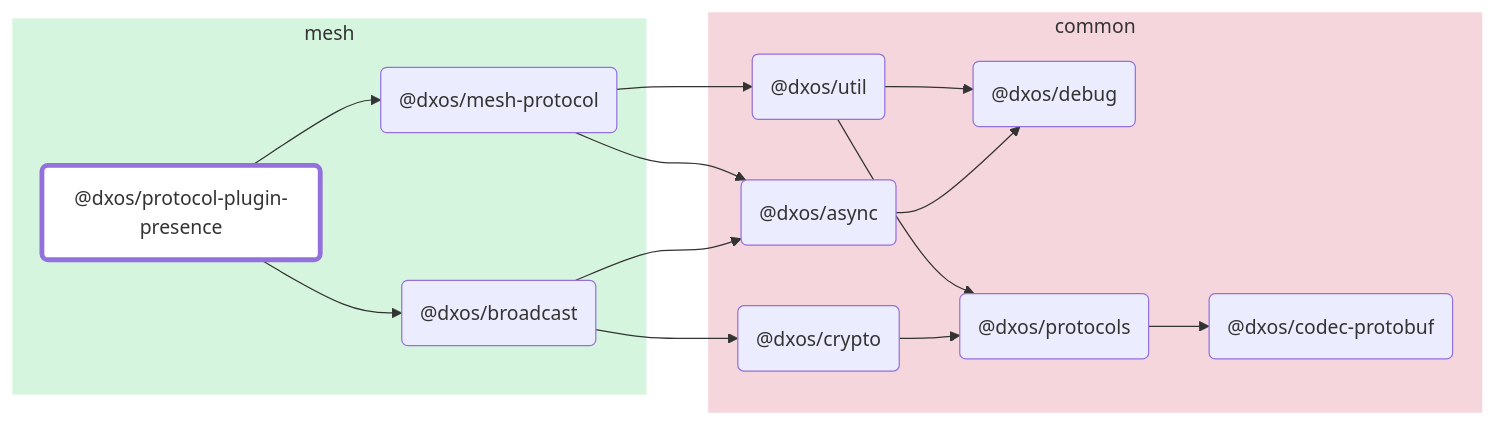
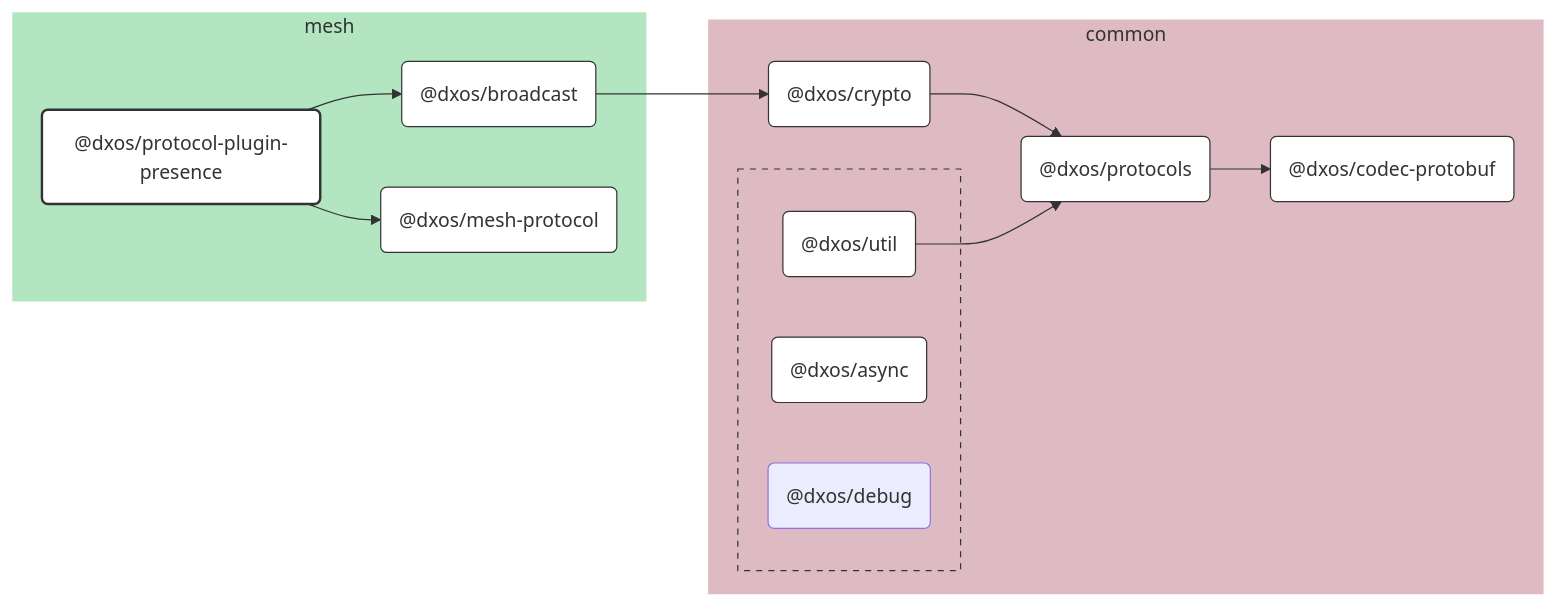
Before and after one commit to dxos/dxos: the diagram in packages/mesh/protocol-plugin-presence/docs/README.md, drawn with Mermaid. The commit also changed 100 other files, not shown here.

````diff
--- a/packages/mesh/protocol-plugin-presence/docs/README.md
+++ b/packages/mesh/protocol-plugin-presence/docs/README.md
@@ -7,42 +7,63 @@
 ```mermaid
-flowchart LR;
+%%{ init: {'flowchart':{'curve':'basis'}} }%%
 
-style dxos/protocol-plugin-presence fill:#fff,stroke-width:4px;
+flowchart LR
 
-click dxos/broadcast "https:/github.com/dxos/dxos/tree/main/packages/mesh/broadcast/docs";
-click dxos/async "https:/github.com/dxos/dxos/tree/main/packages/common/async/docs";
-click dxos/codec-protobuf "https:/github.com/dxos/dxos/tree/main/packages/common/codec-protobuf/docs";
-click dxos/crypto "https:/github.com/dxos/dxos/tree/main/packages/common/crypto/docs";
-click dxos/protocols "https:/github.com/dxos/dxos/tree/main/packages/common/protocols/docs";
-click dxos/mesh-protocol "https:/github.com/dxos/dxos/tree/main/packages/mesh/mesh-protocol/docs";
-click dxos/util "https:/github.com/dxos/dxos/tree/main/packages/common/util/docs";
+%% Links
+dxos/broadcast --> dxos/crypto;
+dxos/crypto --> dxos/protocols;
+dxos/protocol-plugin-presence --> dxos/broadcast;
+dxos/protocol-plugin-presence --> dxos/mesh-protocol;
+dxos/protocols --> dxos/codec-protobuf;
+dxos/util --> dxos/protocols;
 
+%% Sections
 subgraph mesh
-  style mesh fill:#d6f5de,stroke:#fff;
-  dxos/protocol-plugin-presence("@dxos/protocol-plugin-presence");
-  dxos/broadcast("@dxos/broadcast");
-  dxos/mesh-protocol("@dxos/mesh-protocol");
+  style mesh fill:#b3e6c0,stroke:#fff;
+
+  dxos/broadcast("@dxos/broadcast")
+  dxos/mesh-protocol("@dxos/mesh-protocol")
+  dxos/protocol-plugin-presence("@dxos/protocol-plugin-presence")
 end
 
 subgraph common
-  style common fill:#f5d6dd,stroke:#fff;
-  dxos/async("@dxos/async");
-  dxos/debug("@dxos/debug");
-  dxos/codec-protobuf("@dxos/codec-protobuf");
-  dxos/crypto("@dxos/crypto");
-  dxos/protocols("@dxos/protocols");
-  dxos/util("@dxos/util");
+  style common fill:#debac2,stroke:#fff;
+
+  dxos/codec-protobuf("@dxos/codec-protobuf")
+  dxos/crypto("@dxos/crypto")
+  dxos/protocols("@dxos/protocols")
+
+  subgraph common-excluded [ ]
+    style common-excluded fill:#debac2,stroke:#333,stroke-dasharray:5 5;
+
+    dxos/async("@dxos/async")
+    dxos/debug("@dxos/debug")
+    dxos/util("@dxos/util")
+  end
 end
 
-dxos/protocol-plugin-presence --> dxos/broadcast;
-dxos/broadcast --> dxos/async;
-dxos/async --> dxos/debug;
-dxos/broadcast --> dxos/crypto;
-dxos/crypto --> dxos/protocols;
-dxos/protocols --> dxos/codec-protobuf;
-dxos/protocol-plugin-presence --> dxos/mesh-protocol;
-dxos/mesh-protocol --> dxos/async;
-dxos/mesh-protocol --> dxos/util;
-dxos/util --> dxos/debug;
-dxos/util --> dxos/protocols;
+
+%% Hyperlinks
+click dxos/async href "https:/github.com/dxos/dxos/tree/main/packages/common/async/docs";
+click dxos/broadcast href "https:/github.com/dxos/dxos/tree/main/packages/mesh/broadcast/docs";
+click dxos/codec-protobuf href "https:/github.com/dxos/dxos/tree/main/packages/common/codec-protobuf/docs";
+click dxos/crypto href "https:/github.com/dxos/dxos/tree/main/packages/common/crypto/docs";
+click dxos/mesh-protocol href "https:/github.com/dxos/dxos/tree/main/packages/mesh/mesh-protocol/docs";
+click dxos/protocols href "https:/github.com/dxos/dxos/tree/main/packages/common/protocols/docs";
+click dxos/util href "https:/github.com/dxos/dxos/tree/main/packages/common/util/docs";
+
+%% Styles
+classDef rootNode fill:#fff,stroke:#333,stroke-width:2px
+classDef defaultNode fill:#fff,stroke:#333,stroke-width:1px
+linkStyle default stroke:#333,stroke-width:1px
+
+dxos/protocol-plugin-presence:::rootNode
+
+dxos/async:::defaultNode
+dxos/broadcast:::defaultNode
+dxos/codec-protobuf:::defaultNode
+dxos/crypto:::defaultNode
+dxos/mesh-protocol:::defaultNode
+dxos/protocols:::defaultNode
+dxos/util:::defaultNode
 ```
````
